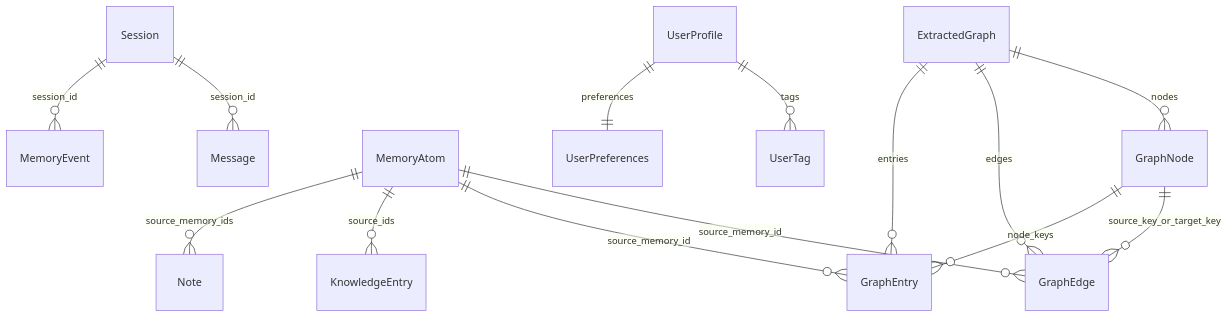
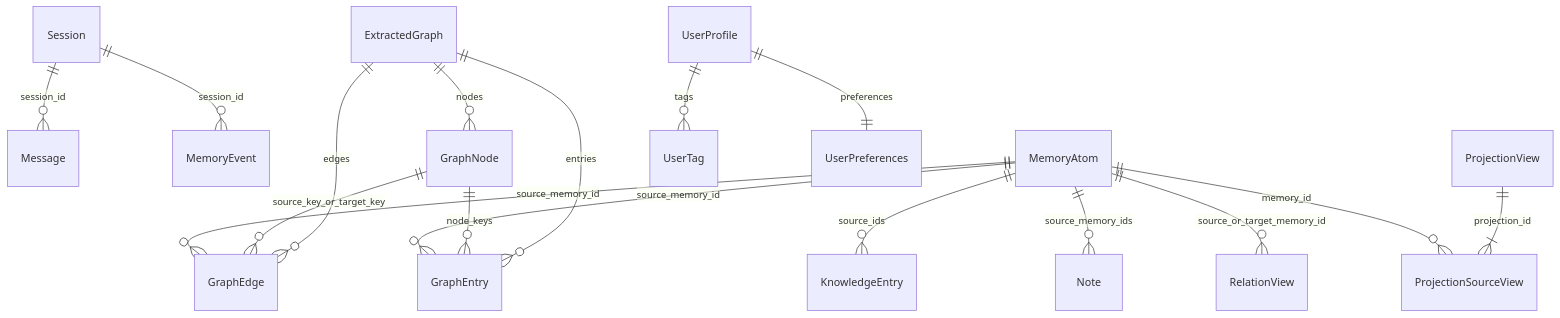
Before and after one commit to INSide-734/astrbot_plugin_memora: the first of 2 diagrams in core/models/AGENTS.md, drawn with Mermaid. The commit also changed other lines of this file and 16 other files, not shown here.

````diff
--- a/core/models/AGENTS.md
+++ b/core/models/AGENTS.md
@@ -16,16 +16,19 @@
 ```mermaid
 erDiagram
     Session ||--o{ Message : session_id
     Session ||--o{ MemoryEvent : session_id
     MemoryAtom ||--o{ GraphEdge : source_memory_id
     MemoryAtom ||--o{ GraphEntry : source_memory_id
     MemoryAtom ||--o{ KnowledgeEntry : source_ids
     MemoryAtom ||--o{ Note : source_memory_ids
+    MemoryAtom ||--o{ RelationView : source_or_target_memory_id
+    MemoryAtom ||--o{ ProjectionSourceView : memory_id
+    ProjectionView ||--|{ ProjectionSourceView : projection_id
     GraphNode ||--o{ GraphEdge : source_key_or_target_key
     GraphNode ||--o{ GraphEntry : node_keys
     ExtractedGraph ||--o{ GraphNode : nodes
     ExtractedGraph ||--o{ GraphEdge : edges
     ExtractedGraph ||--o{ GraphEntry : entries
     UserProfile ||--o{ UserTag : tags
     UserProfile ||--|| UserPreferences : preferences
 ```
````
